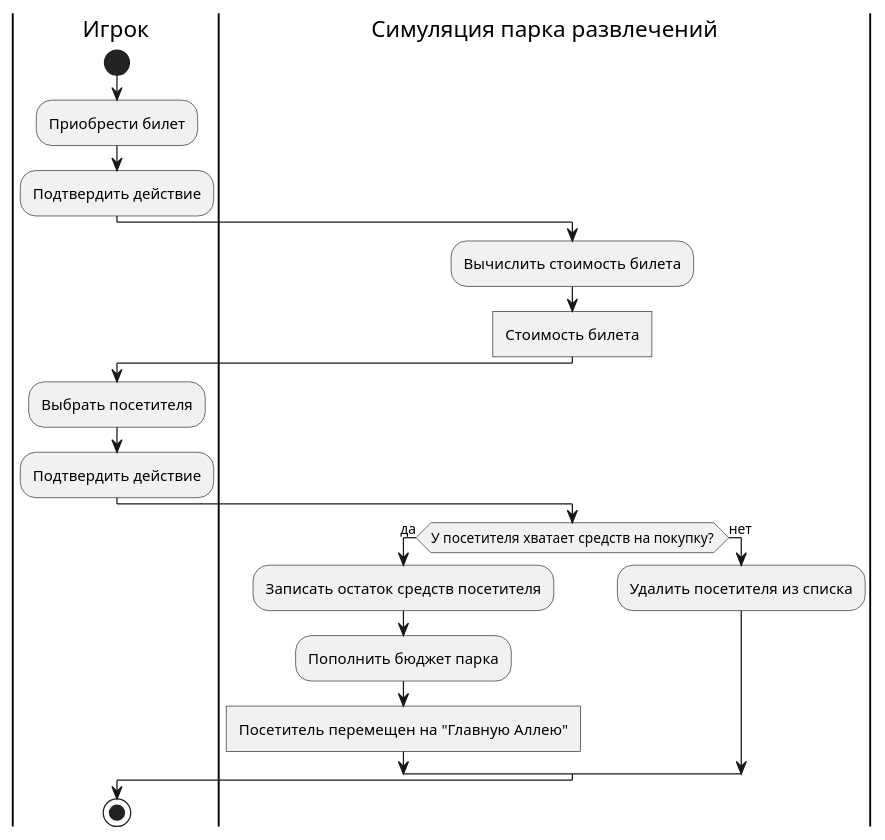
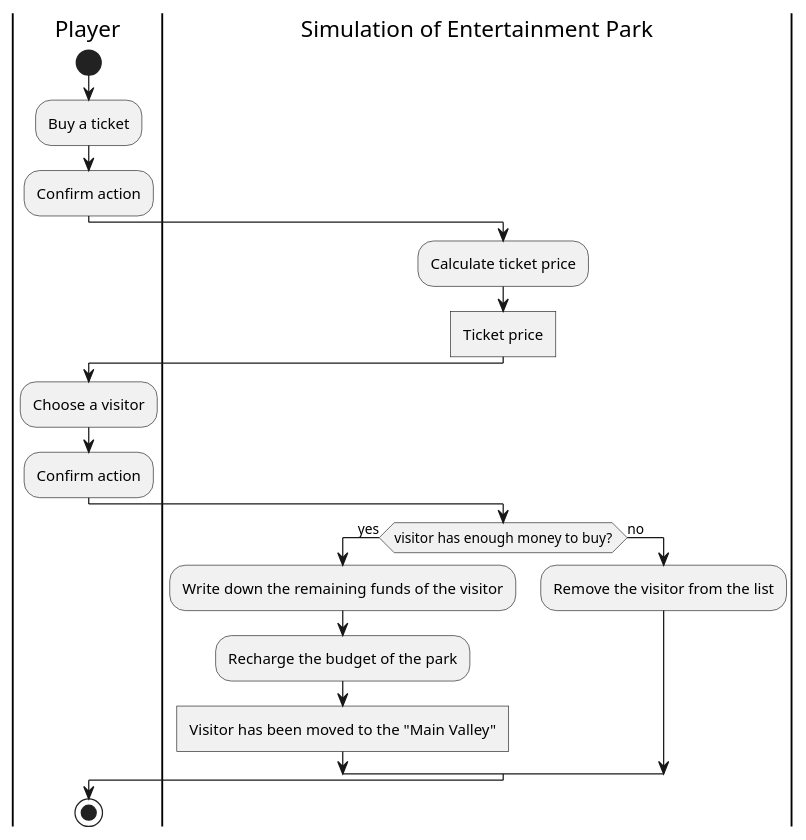
One commit to mzhirko/amusement-park changed the diagram in description/diagrams/diagrams-en/activity/buy-ticket-activity-diagram.wsd. Above: the diagram before and after it, drawn with PlantUML. The commit also changed 25 other files, not shown here.

Commit message:
Translate activity diagrams + render imgs

```diff
--- a/description/diagrams/diagrams-en/activity/buy-ticket-activity-diagram.wsd
+++ b/description/diagrams/diagrams-en/activity/buy-ticket-activity-diagram.wsd
@@ -1,24 +1,24 @@
 @startuml buy-ticket
 skinparam ConditionEndStyle hline
-|Игрок|
+|Player|
 start
-:Приобрести билет;
-:Подтвердить действие;
-|Симуляция парка развлечений|
-:Вычислить стоимость билета;
-:Cтоимость билета]
-|Игрок|
-:Выбрать посетителя;
-:Подтвердить действие;
-|Симуляция парка развлечений|
-if (У посетителя хватает средств на покупку?) then (да)
-:Записать остаток средств посетителя;
-:Пополнить бюджет парка;
-:Посетитель перемещен на "Главную Аллею"]
-else (нет)
-|Симуляция парка развлечений|
-:Удалить посетителя из списка;
+:Buy a ticket;
+:Confirm action;
+|Simulation of Entertainment Park|
+:Calculate ticket price;
+:Ticket price]
+|Player|
+:Choose a visitor;
+:Confirm action;
+|Simulation of Entertainment Park|
+If (visitor has enough money to buy?) then (yes)
+:Write down the remaining funds of the visitor;
+:Recharge the budget of the park;
+:Visitor has been moved to the "Main Valley"]
+else (no)
+|Simulation of Entertainment Park|
+:Remove the visitor from the list;
 endif
-|Игрок|
+|Player|
 stop
 @enduml
```
